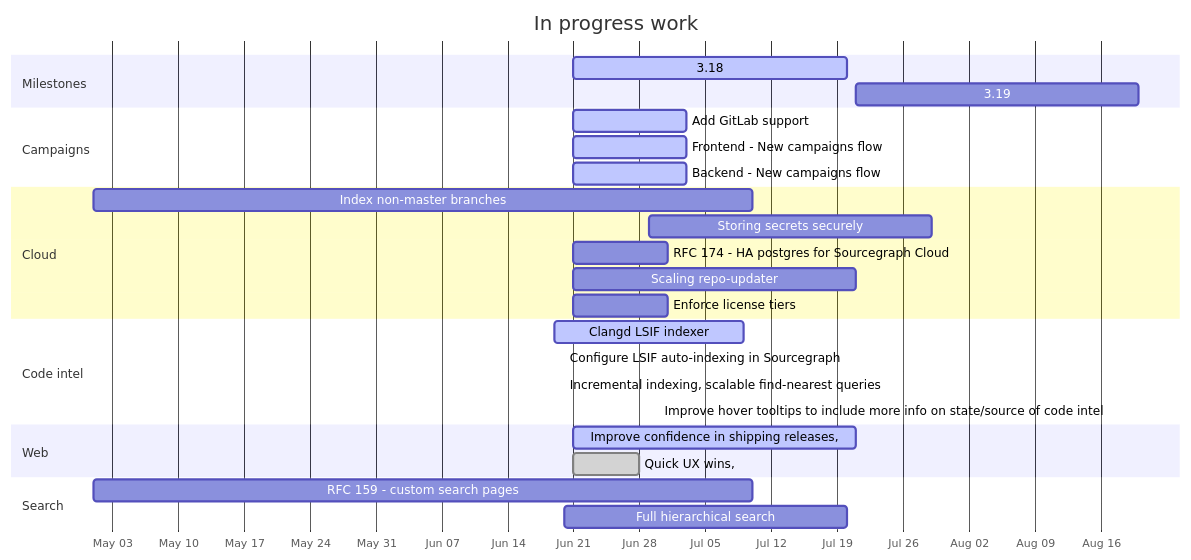
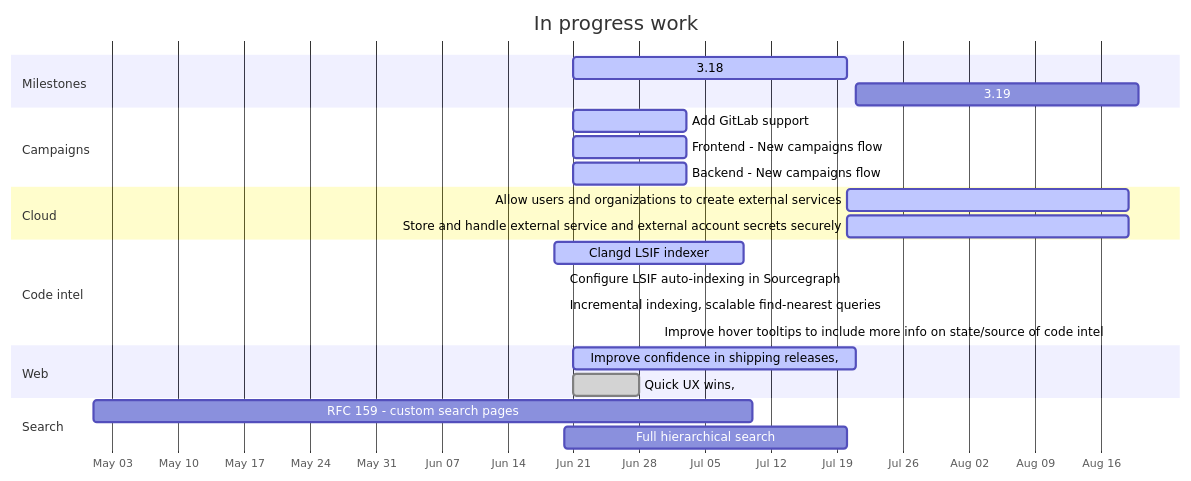
Before and after one commit to joshuabezaleel/sourcegraph-about: the diagram in handbook/product/roadmap.md, drawn with Mermaid. The commit also changed other lines of this file, not shown here.

```diff
--- a/handbook/product/roadmap.md
+++ b/handbook/product/roadmap.md
@@ -7,36 +7,33 @@
 <pre class="mermaid" data-rendered-width="150%" data-scroll-right="50%">
 gantt
     title In progress work
     dateFormat YYYY-MM-DD
     axisFormat %b %d
 
 section Milestones
     3.18 :active, release-3.18, 2020-06-21, 2020-07-20
     3.19 :release-3.19, 2020-07-21, 2020-08-20
 
 section Campaigns
     Add GitLab support :active, 2020-06-21, 12d
     Frontend - New campaigns flow :active, 2020-06-21, 12d
     Backend - New campaigns flow :active, 2020-06-21, 12d
 
 section Cloud
-    Index non-master branches :2020-05-01, 70d
-    Storing secrets securely :2020-06-29, 30d
-    RFC 174 - HA postgres for Sourcegraph Cloud :2020-06-21, 10d
-    Scaling repo-updater :2020-06-21, 30d
-    Enforce license tiers :2020-06-21, 10d
+    Allow users and organizations to create external services :active, 2020-07-20, 30d
+    Store and handle external service and external account secrets securely :active, 2020-07-20, 30d
 
 section Code intel
     Clangd LSIF indexer :active, 2020-06-19, 20d
     Configure LSIF auto-indexing in Sourcegraph :active, 2020-06-20, 0d
     Incremental indexing, scalable find-nearest queries :active, 2020-06-20, 0d
     Improve hover tooltips to include more info on state/source of code intel :active, 2020-06-30, 0d
 
 section Web
     Improve confidence in shipping releases, :active, 2020-06-21, 30d
     Quick UX wins, :done, 2020-06-21, 7d
 
 section Search
     RFC 159 - custom search pages :2020-05-01, 70d
     Full hierarchical search :2020-06-20, 30d
 </pre>
```
